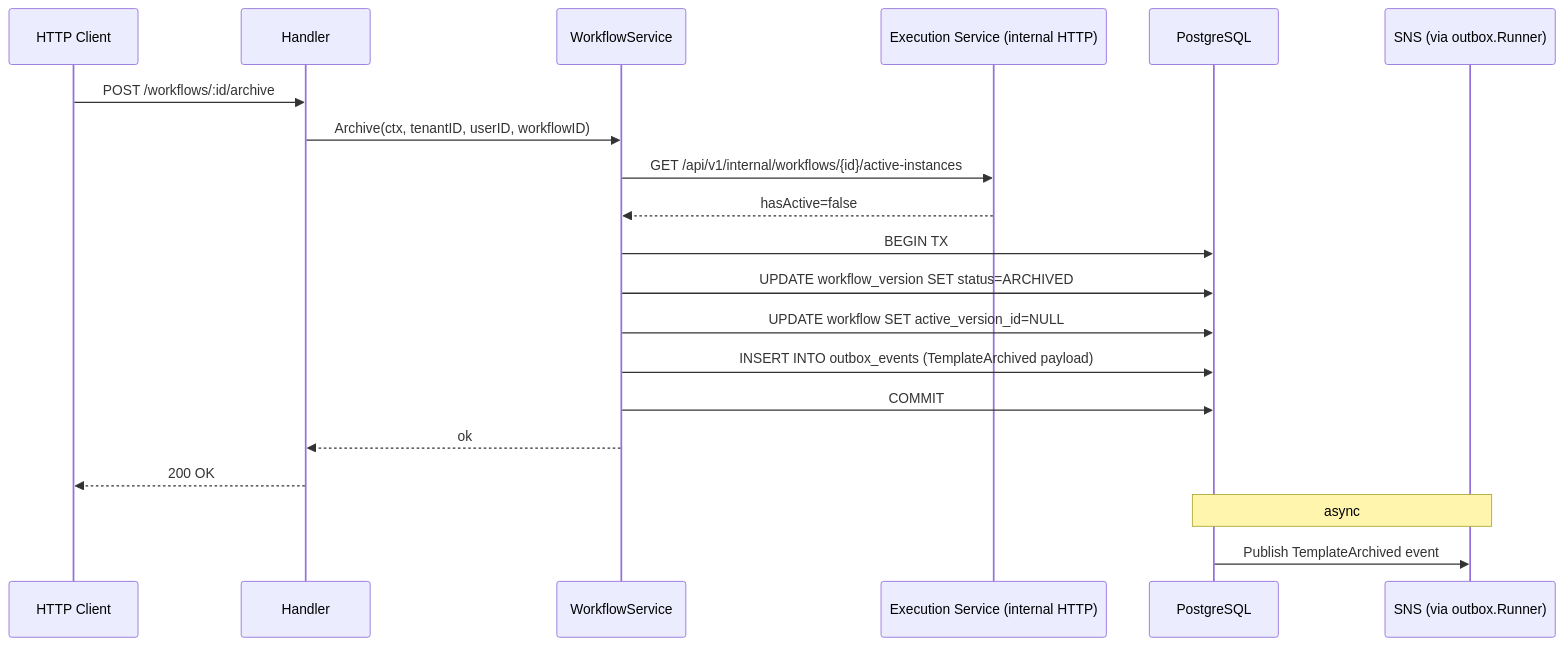
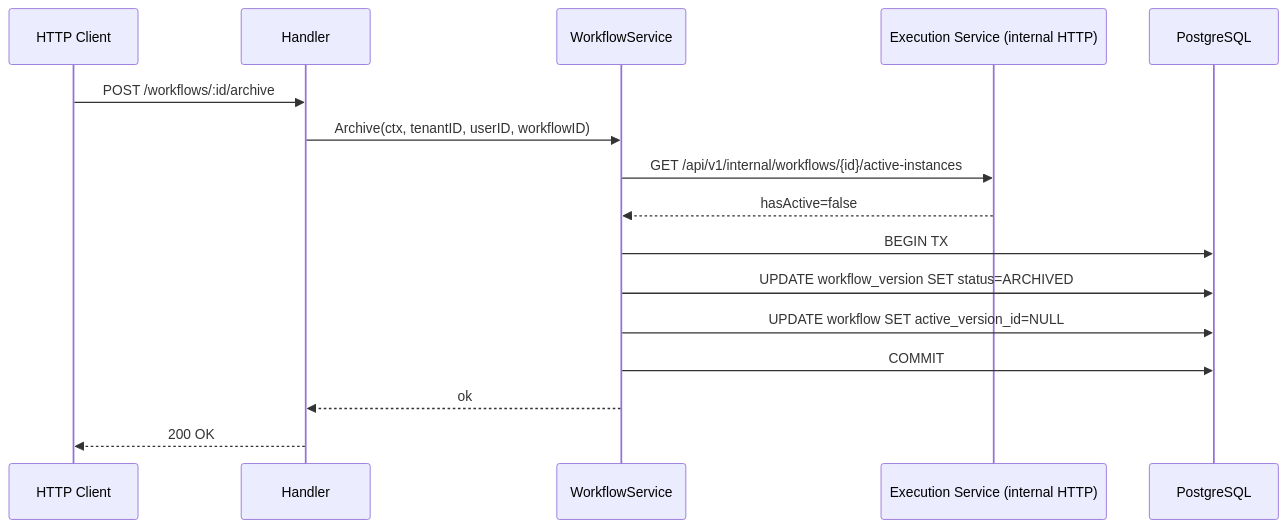
One commit to BCBP-SOLUTIONS-FZC-LLC/workflow-definition-service changed the diagram in docs/architecture/mermaid/archive-workflow-flow.mmd. Above: the diagram before and after it, drawn with Mermaid. The commit also changed 56 other files, not shown here.

First line of the commit message:
wip: the service has no outbox, relay, SNS publisher or Glue codec; non-dev requires the Org, Execution URL and token (LLD rev 1.32)

```diff
--- a/docs/architecture/mermaid/archive-workflow-flow.mmd
+++ b/docs/architecture/mermaid/archive-workflow-flow.mmd
@@ -1,22 +1,17 @@
 sequenceDiagram
     participant C as HTTP Client
     participant H as Handler
     participant S as WorkflowService
     participant ES as Execution Service (internal HTTP)
     participant DB as PostgreSQL
-    participant SNS as SNS (via outbox.Runner)
 
     C->>H: POST /workflows/:id/archive
     H->>S: Archive(ctx, tenantID, userID, workflowID)
     S->>ES: GET /api/v1/internal/workflows/{id}/active-instances
     ES-->>S: hasActive=false
     S->>DB: BEGIN TX
     S->>DB: UPDATE workflow_version SET status=ARCHIVED
     S->>DB: UPDATE workflow SET active_version_id=NULL
-    S->>DB: INSERT INTO outbox_events (TemplateArchived payload)
     S->>DB: COMMIT
     S-->>H: ok
     H-->>C: 200 OK
-
-    Note over DB,SNS: async
-    DB->>SNS: Publish TemplateArchived event
```
